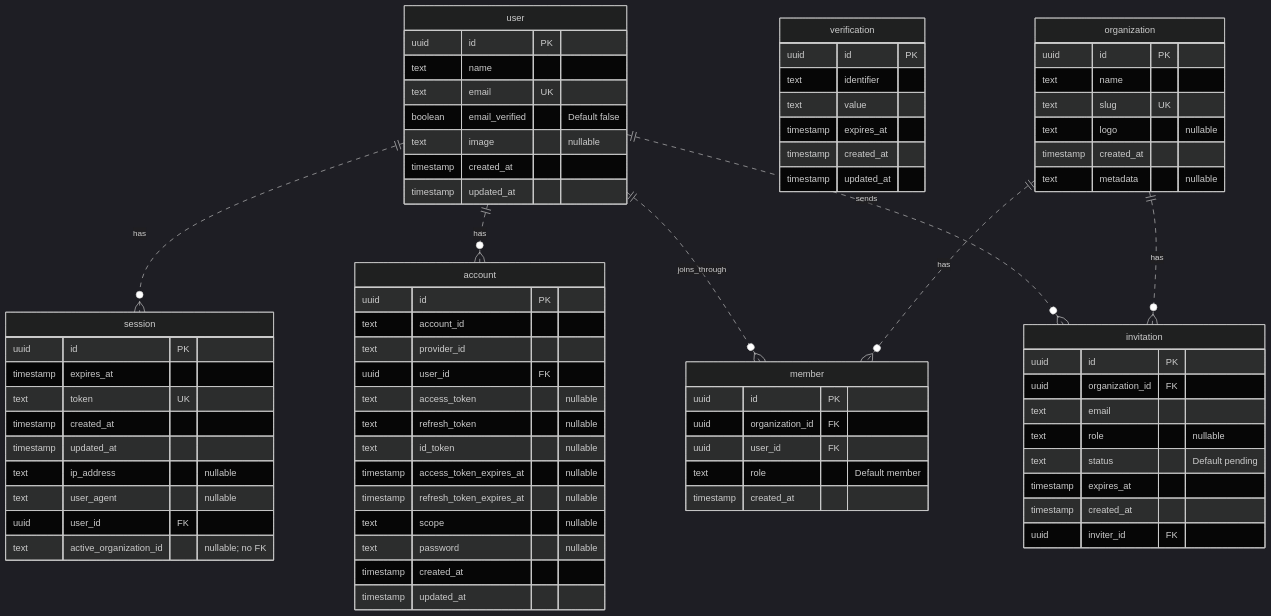
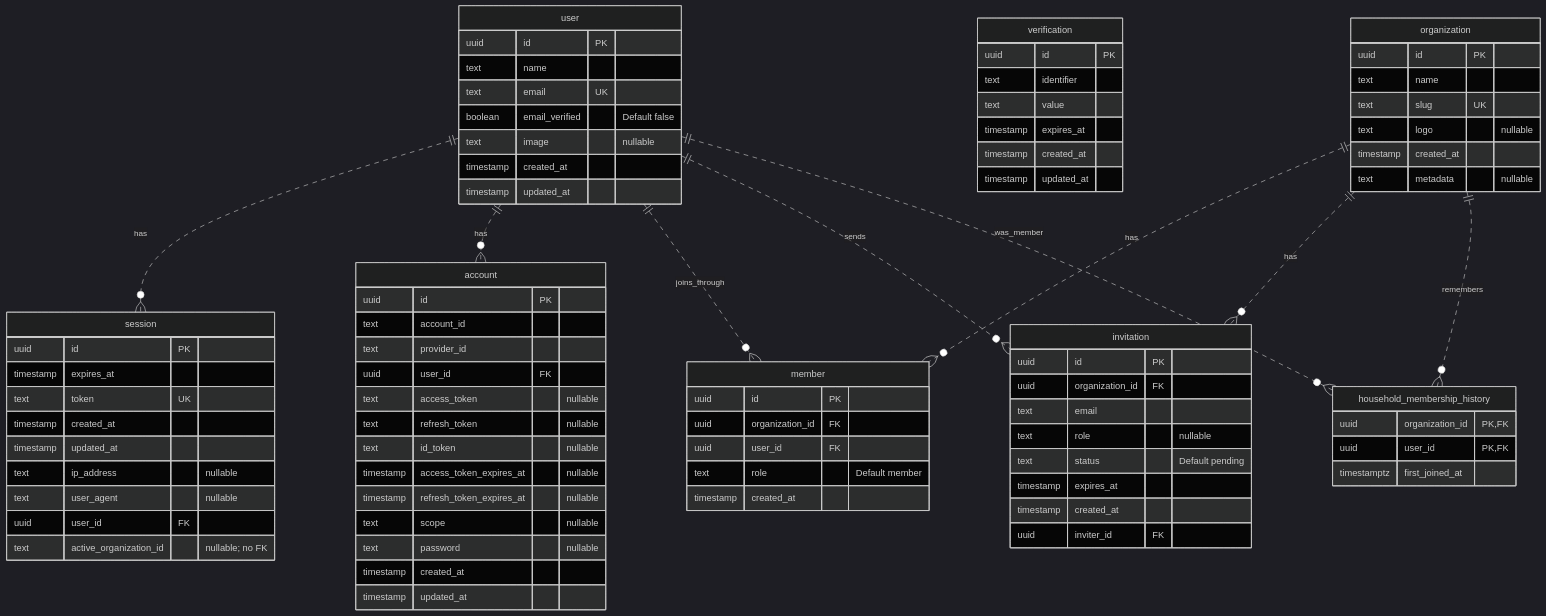
Before and after one commit to diffiii/homesplit: the first of 4 diagrams in docs/database-schema.md, drawn with Mermaid (dark theme). The commit also changed other lines of this file and 28 other files, not shown here.

First line of the commit message:
feat(backend): implement households API with membership history and access control (#140)

````diff
--- a/docs/database-schema.md
+++ b/docs/database-schema.md
@@ -89,4 +89,13 @@
     user ||..o{ invitation : sends
     organization ||..o{ member : has
     organization ||..o{ invitation : has
+
+    household_membership_history {
+        uuid organization_id PK,FK
+        uuid user_id PK,FK
+        timestamptz first_joined_at
+    }
+
+    organization ||..o{ household_membership_history : remembers
+    user ||..o{ household_membership_history : was_member
 ```
````
